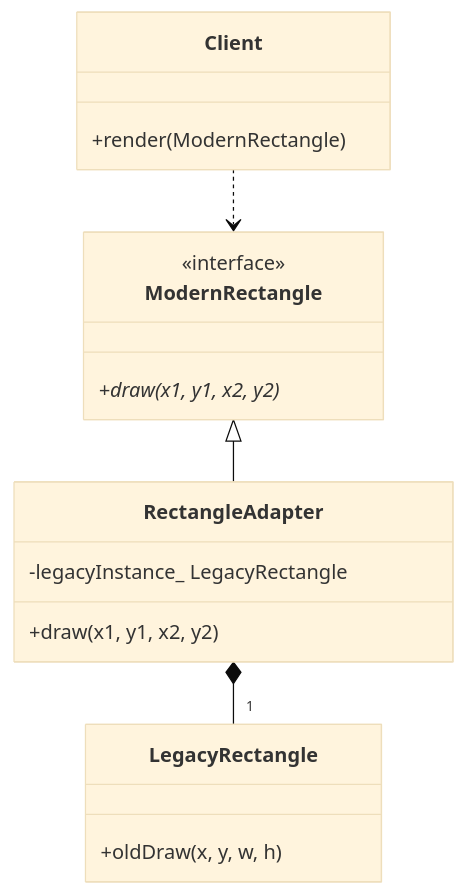
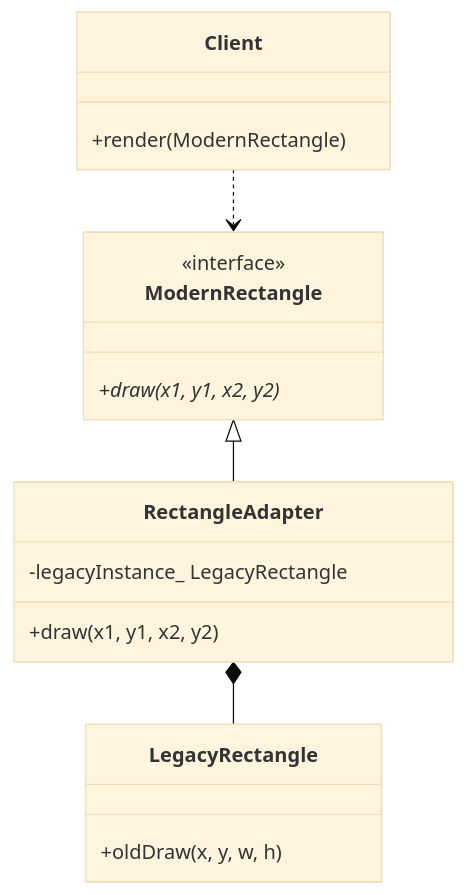
Before and after one commit to Cichlidfishexigency721/Modern-CPP-Design-Patterns: the diagram in 08_Adapter/README.md, drawn with Mermaid (base theme). The commit also changed 22 other files, not shown here.

Commit message:
UML improvement

````diff
--- a/08_Adapter/README.md
+++ b/08_Adapter/README.md
@@ -48,29 +48,29 @@
 ```mermaid
 classDiagram
    class LegacyRectangle {
       +oldDraw(x, y, w, h)
    }
 
    class ModernRectangle {
       <<interface>>
       +draw(x1, y1, x2, y2)*
    }
 
    class RectangleAdapter {
       -legacyInstance_ LegacyRectangle
       +draw(x1, y1, x2, y2)
    }
 
    class Client {
       +render(ModernRectangle)
    }
 
    %% Inheritance (Is_a) - No numbers
    ModernRectangle <|-- RectangleAdapter
 
-   %% Composition (Has_a) - Multiplicity "1" only at the end
-   RectangleAdapter *-- "1" LegacyRectangle
+   %% Composition (Has_a)
+   RectangleAdapter *-- LegacyRectangle
 
    %% Dependency - No numbers
    Client ..> ModernRectangle
 ```
````
